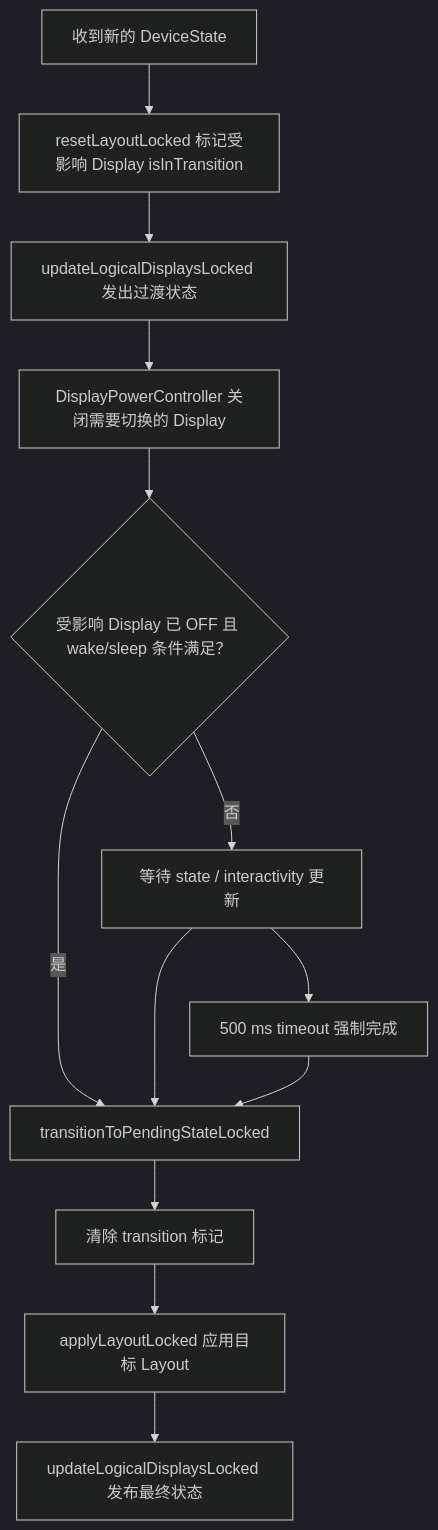
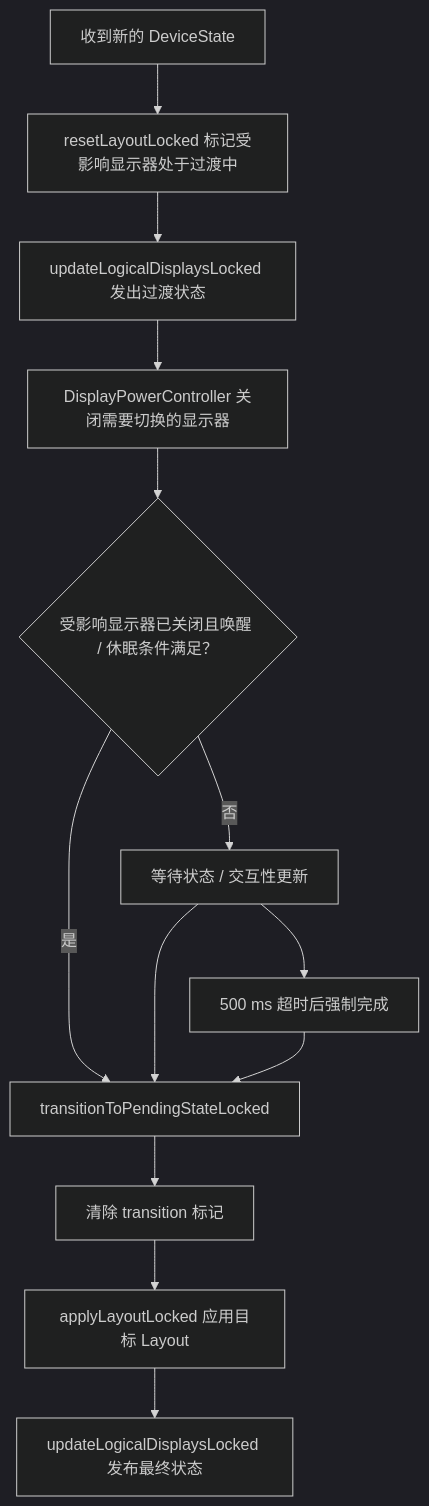
The third of 3 diagrams in src/part1-fundamentals/ch02-rendering/30-displaymanager-service-lifecycle.md (Gracker/android-internals-wiki), drawn with Mermaid (dark theme) before and after one commit. The commit also changed other lines of this file and 4 other files, not shown here.

````diff
--- a/src/part1-fundamentals/ch02-rendering/30-displaymanager-service-lifecycle.md
+++ b/src/part1-fundamentals/ch02-rendering/30-displaymanager-service-lifecycle.md
@@ -290,15 +290,15 @@
 ```mermaid
 flowchart TD
-    A["收到新的 DeviceState"] --> B["resetLayoutLocked 标记受影响 Display isInTransition"]
+    A["收到新的 DeviceState"] --> B["resetLayoutLocked 标记受影响显示器处于过渡中"]
     B --> C["updateLogicalDisplaysLocked 发出过渡状态"]
-    C --> D["DisplayPowerController 关闭需要切换的 Display"]
-    D --> E{"受影响 Display 已 OFF 且 wake/sleep 条件满足？"}
+    C --> D["DisplayPowerController 关闭需要切换的显示器"]
+    D --> E{"受影响显示器已关闭且唤醒 / 休眠条件满足？"}
     E -->|是| F["transitionToPendingStateLocked"]
-    E -->|否| G["等待 state / interactivity 更新"]
+    E -->|否| G["等待状态 / 交互性更新"]
     G --> F
-    G --> H["500 ms timeout 强制完成"]
+    G --> H["500 ms 超时后强制完成"]
     H --> F
     F --> I["清除 transition 标记"]
     I --> J["applyLayoutLocked 应用目标 Layout"]
     J --> K["updateLogicalDisplaysLocked 发布最终状态"]
 ```
````
